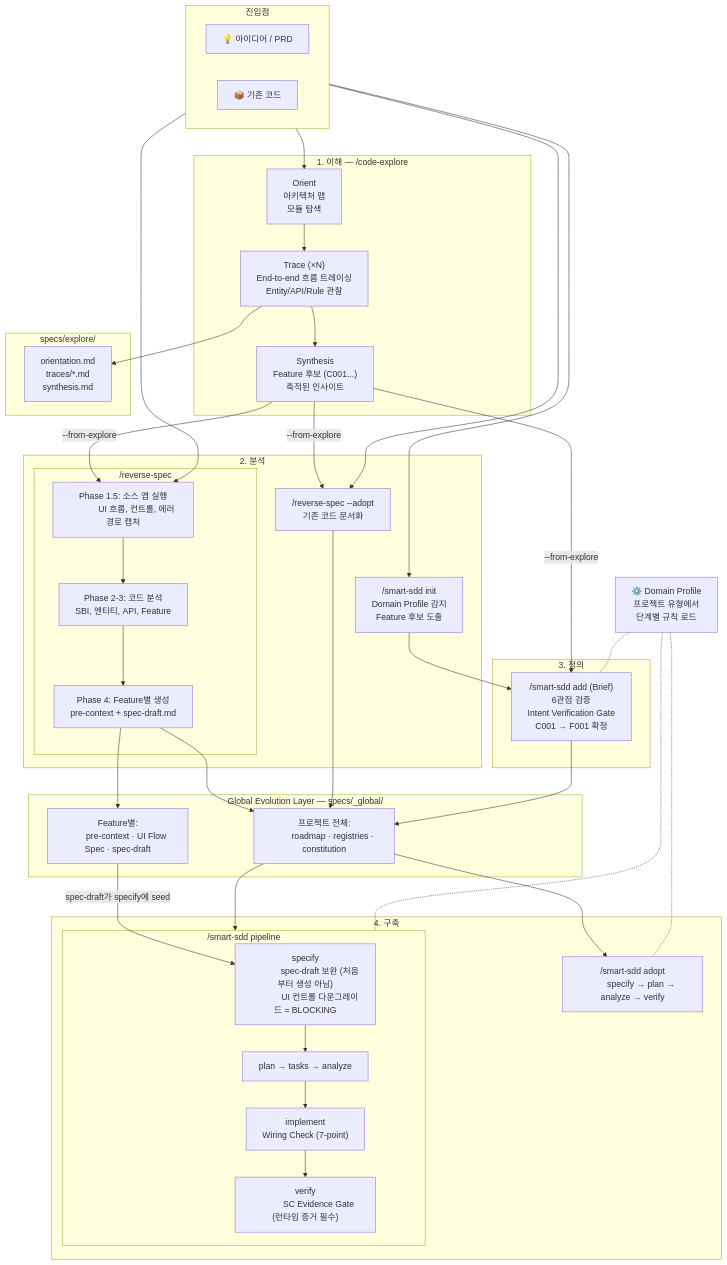
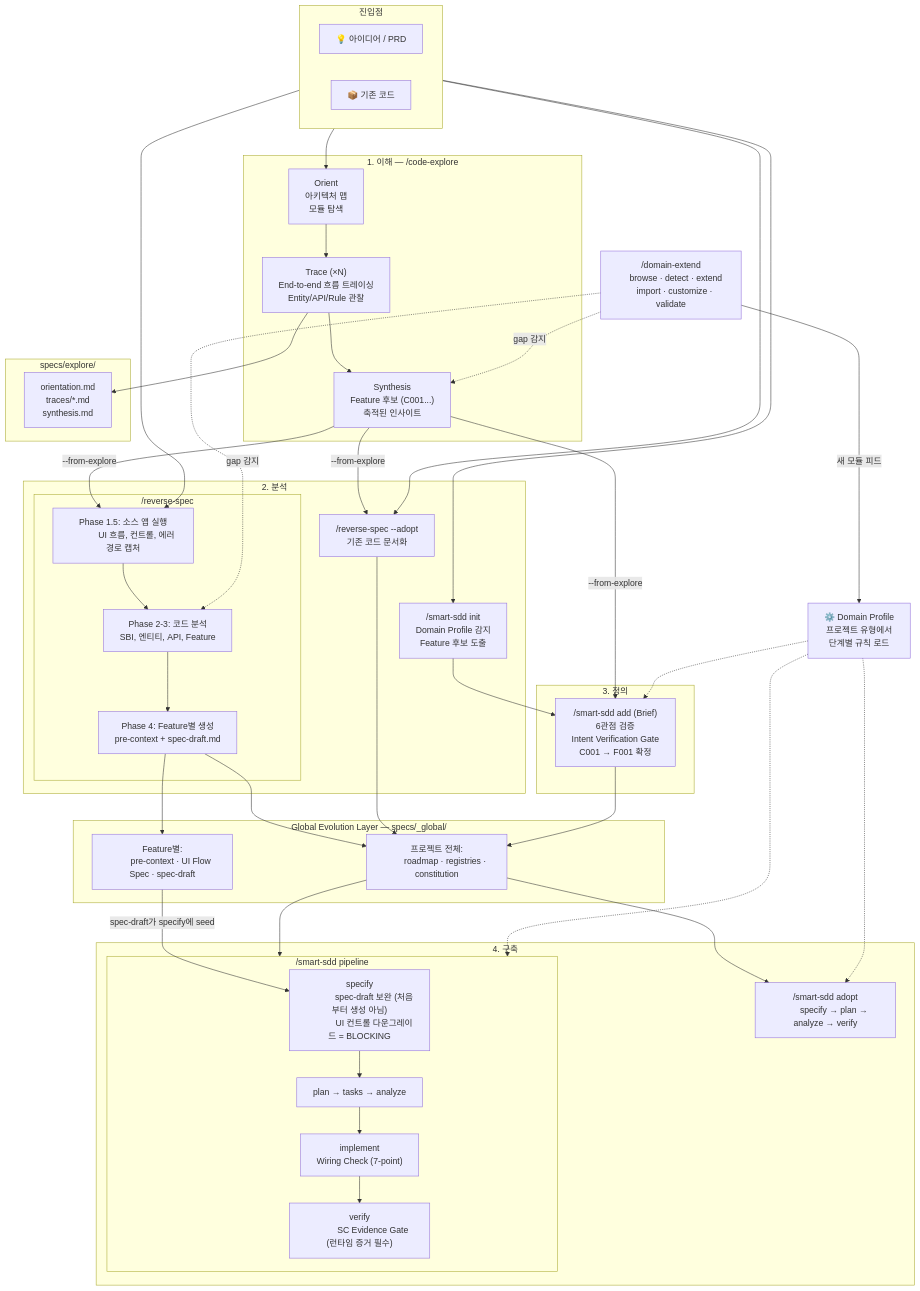
One commit to coolhero/spec-kit-skills changed the diagram in README.ko.md. Above: the diagram before and after it, drawn with Mermaid. The commit also changed other lines of this file and 76 other files, not shown here.

First line of the commit message:
v0.2.0: Add domain-extend skill, unify Scenario→Context, context optimization

````diff
--- a/README.ko.md
+++ b/README.ko.md
@@ -347,6 +368,10 @@
     프로젝트 유형에서
     단계별 규칙 로드"]
 
+    DE["/domain-extend
+    browse · detect · extend
+    import · customize · validate"]
+
     CODE --> CE_ORIENT
     CE_TRACE --> EO
     IDEA --> INIT
@@ -365,7 +390,10 @@
     GEL_FEAT -- "spec-draft가 specify에 seed" --> SPECIFY
     GEL_PROJ --> pipeline_detail
     GEL_PROJ --> ADOPT_P
-    DP -.- pipeline_detail
-    DP -.- ADOPT_P
-    DP -.- ADD
+    DP -.-> pipeline_detail
+    DP -.-> ADOPT_P
+    DP -.-> ADD
+    DE -.->|gap 감지| CE_SYNTH
+    DE -.->|gap 감지| RS_CODE
+    DE -->|새 모듈 피드| DP
 ```
````
